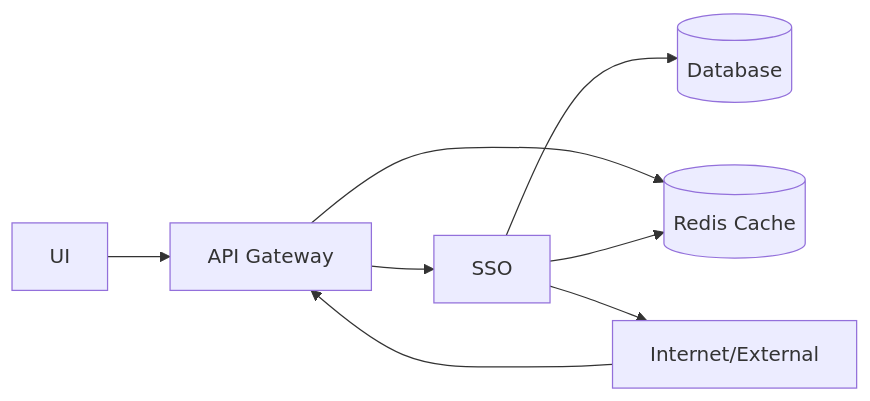
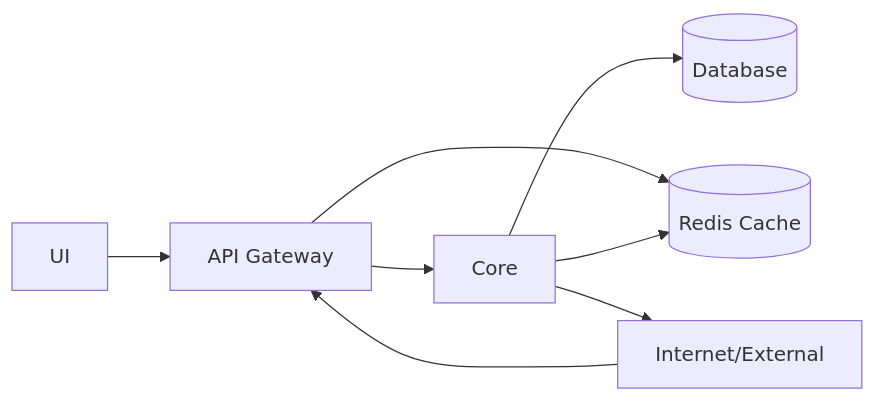
The first of 8 diagrams in docs/system-architecture-20260522.md (CVThien2k2/joytab), drawn with Mermaid before and after one commit. The commit also changed other lines of this file and 4 other files, not shown here.

Commit message:
docs: rename sso service to core

````diff
--- a/docs/system-architecture-20260522.md
+++ b/docs/system-architecture-20260522.md
@@ -8,10 +8,10 @@
 ```mermaid
 flowchart LR
   UI[UI] --> GW[API Gateway]
-  GW --> SSO[SSO]
+  GW --> CORE[Core]
   GW --> REDIS[(Redis Cache)]
-  SSO --> DB[(Database)]
-  SSO --> REDIS
-  SSO --> EXT[Internet/External]
+  CORE --> DB[(Database)]
+  CORE --> REDIS
+  CORE --> EXT[Internet/External]
   EXT --> GW
 ```
````
